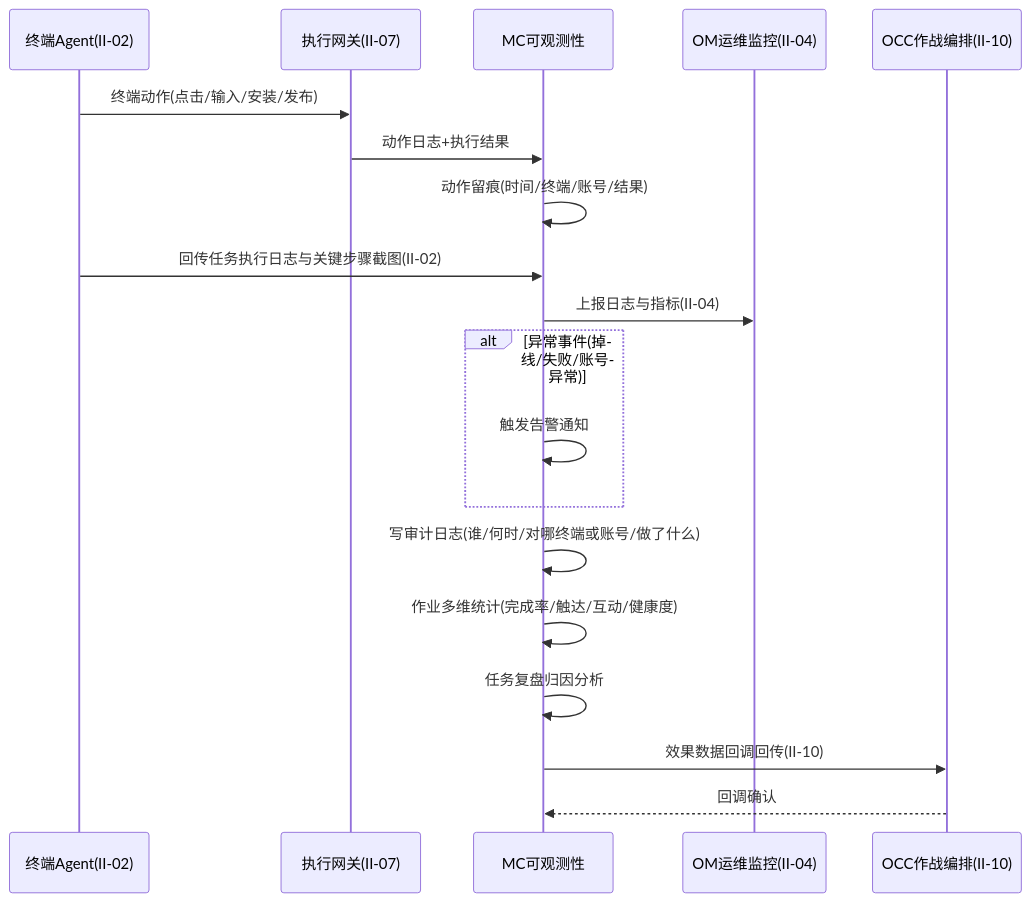
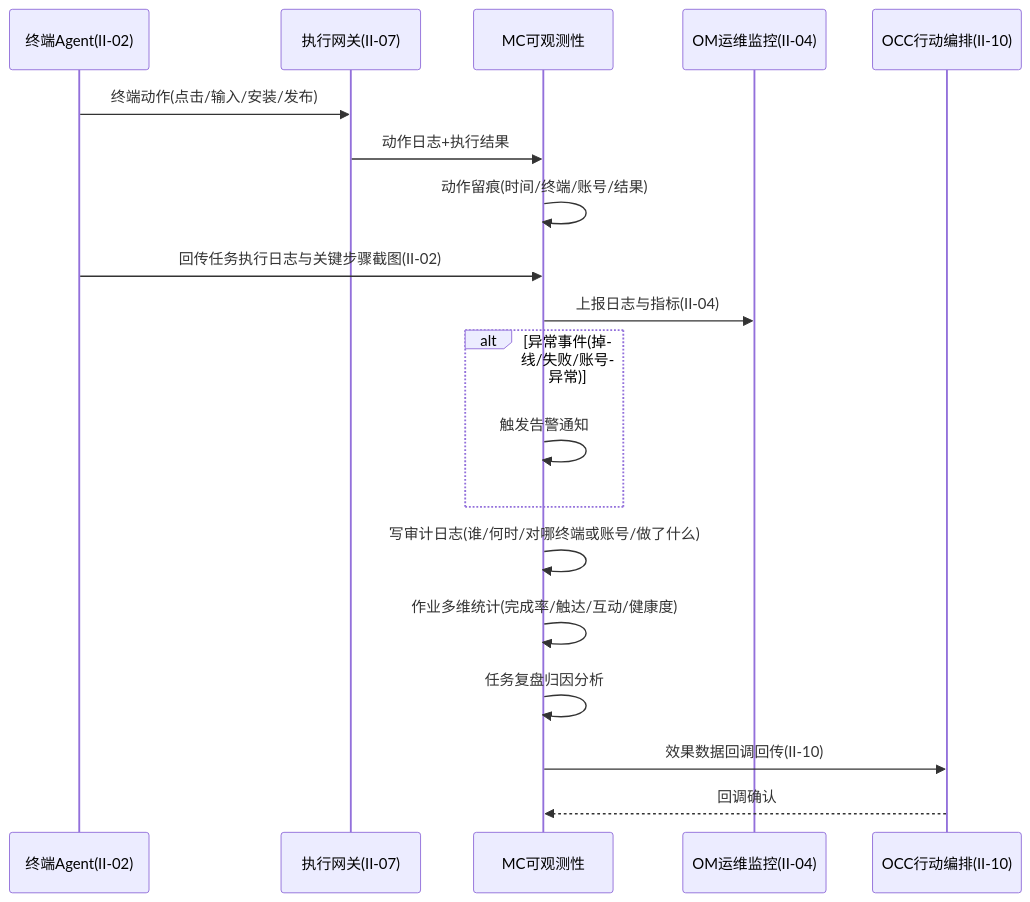
Diagram 12 of 16 in 公司项目/认知作战/文档/SRS/软件需求规格说明-MC子系统.md (Sj-g/obsidian), drawn with Mermaid before and after one commit. The commit also changed other lines of this file and 10 other files, not shown here.

````diff
--- a/公司项目/认知作战/文档/SRS/软件需求规格说明-MC子系统.md
+++ b/公司项目/认知作战/文档/SRS/软件需求规格说明-MC子系统.md
@@ -874,21 +880,21 @@
 ```mermaid
 sequenceDiagram
   participant Agent as 终端Agent(II-02)
   participant 网关 as 执行网关(II-07)
   participant MC as MC可观测性
   participant OM as OM运维监控(II-04)
-  participant OCC as OCC作战编排(II-10)
+  participant OCC as OCC行动编排(II-10)
   Agent->>网关: 终端动作(点击/输入/安装/发布)
   网关->>MC: 动作日志+执行结果
   MC->>MC: 动作留痕(时间/终端/账号/结果)
   Agent->>MC: 回传任务执行日志与关键步骤截图(II-02)
   MC->>OM: 上报日志与指标(II-04)
   alt 异常事件(掉线/失败/账号异常)
     MC->>MC: 触发告警通知
   end
   MC->>MC: 写审计日志(谁/何时/对哪终端或账号/做了什么)
   MC->>MC: 作业多维统计(完成率/触达/互动/健康度)
   MC->>MC: 任务复盘归因分析
   MC->>OCC: 效果数据回调回传(II-10)
   OCC-->>MC: 回调确认
 ```
````
